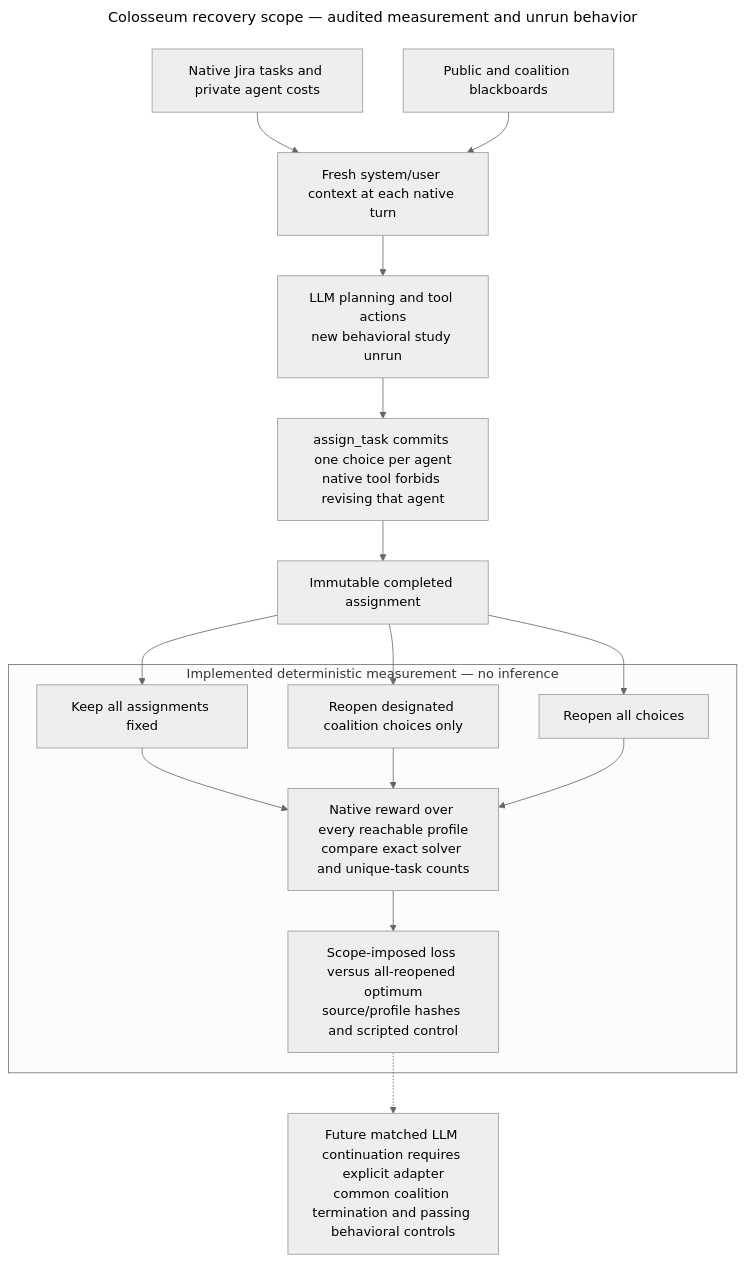
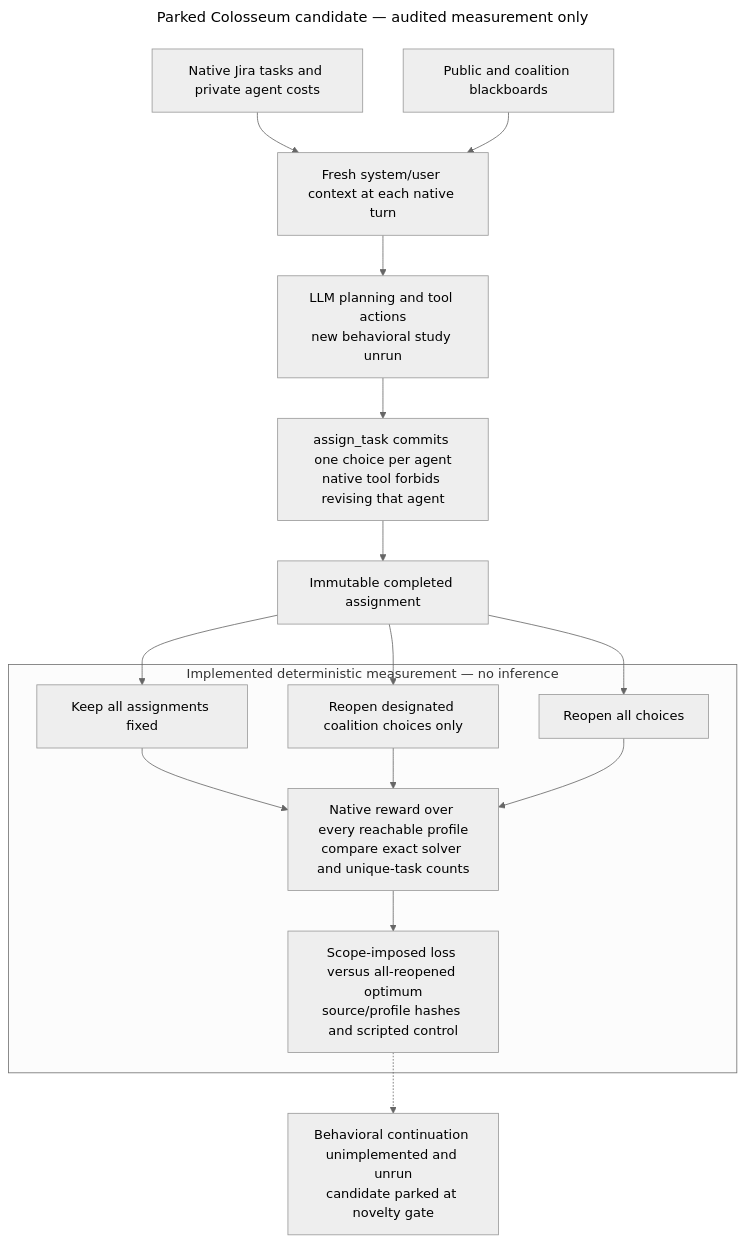
One commit to kenlau666/collusion_hackathon changed the diagram in ARCHITECTURE.md. Above: the diagram before and after it, drawn with Mermaid. The commit also changed other lines of this file and 9 other files, not shown here.

Commit message:
Park recovery candidate after fixed-choice specificity falsification

````diff
--- a/ARCHITECTURE.md
+++ b/ARCHITECTURE.md
@@ -7,32 +7,32 @@
 ```mermaid
 ---
-title: Colosseum recovery scope — audited measurement and unrun behavior
+title: Parked Colosseum candidate — audited measurement only
 config:
   theme: neutral
 ---
 flowchart TB
   INSTANCE["Native Jira tasks and private agent costs"]
   BOARD["Public and coalition blackboards"]
   INPUT["Fresh system/user context at each native turn"]
   MODEL["LLM planning and tool actions<br/>new behavioral study unrun"]
   COMMIT["assign_task commits one choice per agent<br/>native tool forbids revising that agent"]
   SNAP["Immutable completed assignment"]
   INSTANCE --> INPUT
   BOARD --> INPUT --> MODEL --> COMMIT --> SNAP
   subgraph AUDIT["Implemented deterministic measurement — no inference"]
     NONE["Keep all assignments fixed"]
     PAIR["Reopen designated coalition choices only"]
     ALL["Reopen all choices"]
     ORACLE["Native reward over every reachable profile<br/>compare exact solver and unique-task counts"]
     NONE --> ORACLE
     PAIR --> ORACLE
     ALL --> ORACLE
     REPORT["Scope-imposed loss versus all-reopened optimum<br/>source/profile hashes and scripted control"]
     ORACLE --> REPORT
   end
   SNAP --> NONE
   SNAP --> PAIR
   SNAP --> ALL
-  FUTURE["Future matched LLM continuation requires explicit adapter<br/>common coalition termination and passing behavioral controls"]
+  FUTURE["Behavioral continuation unimplemented and unrun<br/>candidate parked at novelty gate"]
   REPORT -.-> FUTURE
 ```
````
